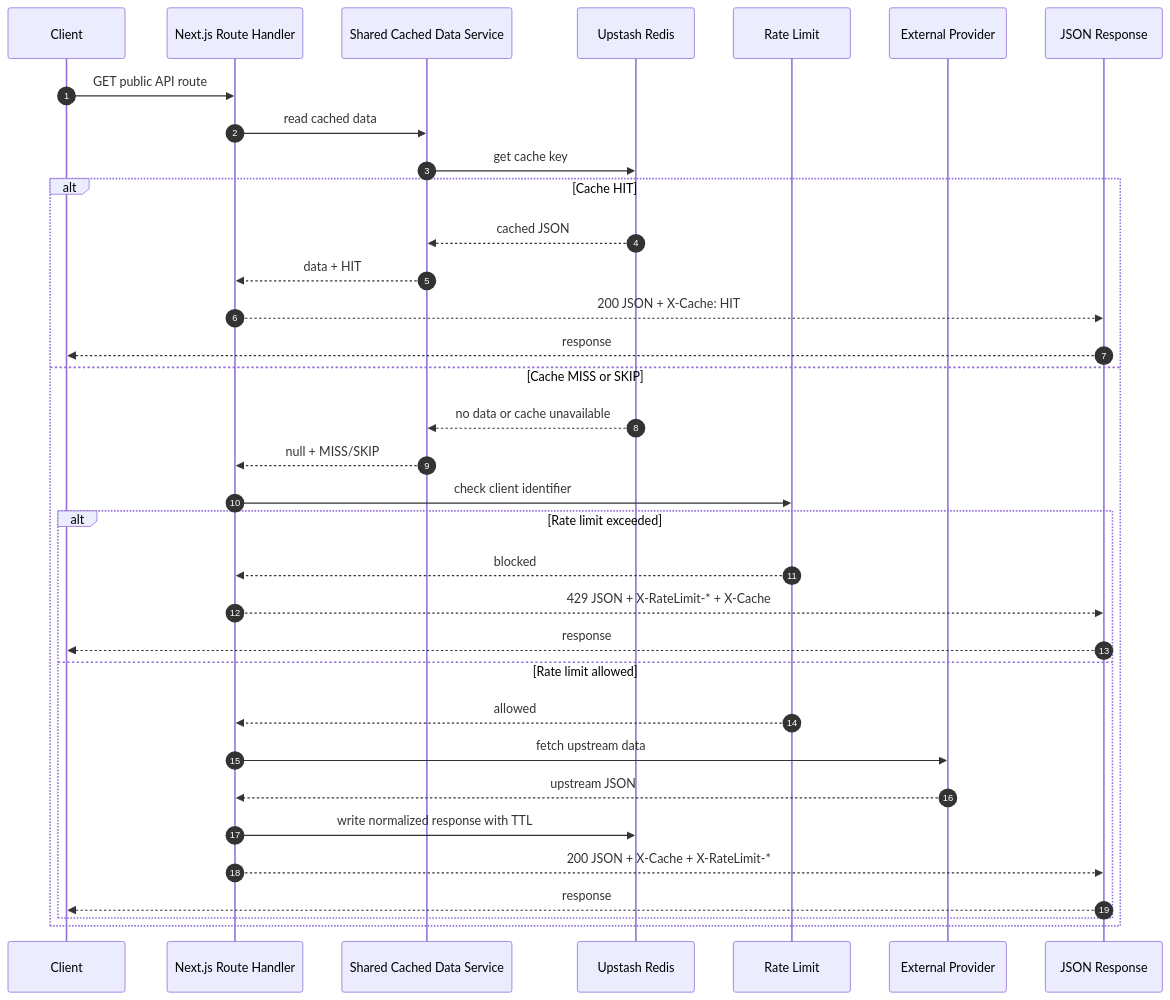
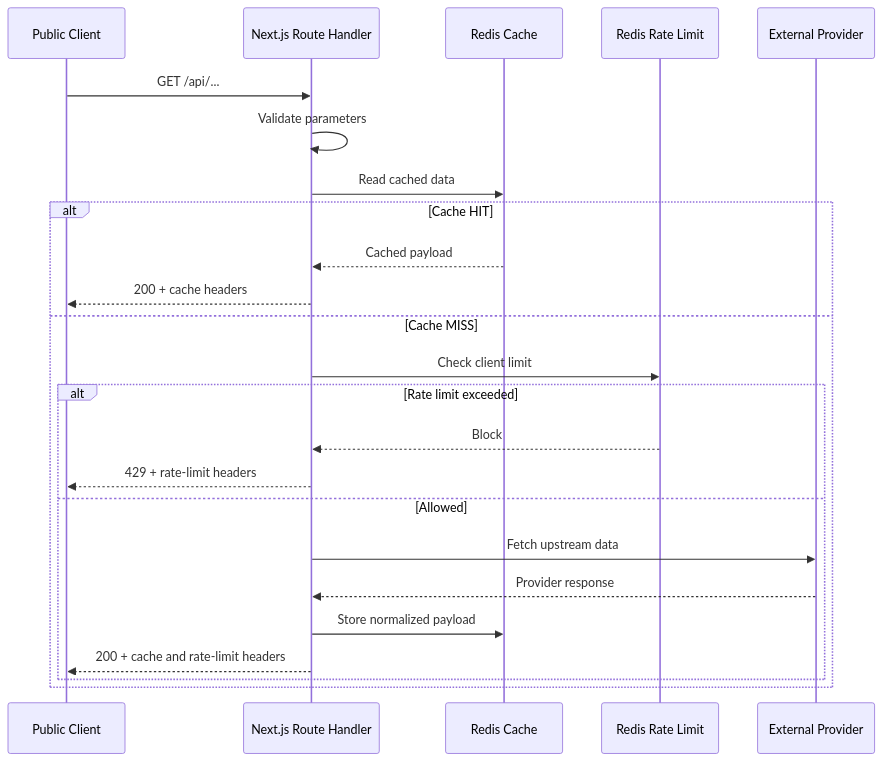
The fourth of 12 diagrams in docs/architecture-diagrams.md (BlockShield-Systems/swiss-market-dashboard), drawn with Mermaid before and after one commit. The commit also changed other lines of this file and 9 other files, not shown here.

````diff
--- a/docs/architecture-diagrams.md
+++ b/docs/architecture-diagrams.md
@@ -116,41 +137,29 @@
 ```mermaid
 sequenceDiagram
-  autonumber
+  participant Client as Public Client
+  participant Route as Next.js Route Handler
+  participant Cache as Redis Cache
+  participant RateLimit as Redis Rate Limit
+  participant Provider as External Provider
 
-  participant Client as Client
-  participant Route as Next.js Route Handler
-  participant Cache as Shared Cached Data Service
-  participant Redis as Upstash Redis
-  participant RateLimit as Rate Limit
-  participant Provider as External Provider
-  participant Response as JSON Response
-
-  Client->>Route: GET public API route
-  Route->>Cache: read cached data
-  Cache->>Redis: get cache key
+  Client->>Route: GET /api/...
+  Route->>Route: Validate parameters
+  Route->>Cache: Read cached data
 
   alt Cache HIT
-    Redis-->>Cache: cached JSON
-    Cache-->>Route: data + HIT
-    Route-->>Response: 200 JSON + X-Cache: HIT
-    Response-->>Client: response
-  else Cache MISS or SKIP
-    Redis-->>Cache: no data or cache unavailable
-    Cache-->>Route: null + MISS/SKIP
-
-    Route->>RateLimit: check client identifier
+    Cache-->>Route: Cached payload
+    Route-->>Client: 200 + cache headers
+  else Cache MISS
+    Route->>RateLimit: Check client limit
 
     alt Rate limit exceeded
-      RateLimit-->>Route: blocked
-      Route-->>Response: 429 JSON + X-RateLimit-* + X-Cache
-      Response-->>Client: response
-    else Rate limit allowed
-      RateLimit-->>Route: allowed
-      Route->>Provider: fetch upstream data
-      Provider-->>Route: upstream JSON
-      Route->>Redis: write normalized response with TTL
-      Route-->>Response: 200 JSON + X-Cache + X-RateLimit-*
-      Response-->>Client: response
+      RateLimit-->>Route: Block
+      Route-->>Client: 429 + rate-limit headers
+    else Allowed
+      Route->>Provider: Fetch upstream data
+      Provider-->>Route: Provider response
+      Route->>Cache: Store normalized payload
+      Route-->>Client: 200 + cache and rate-limit headers
     end
   end
 ```
````
